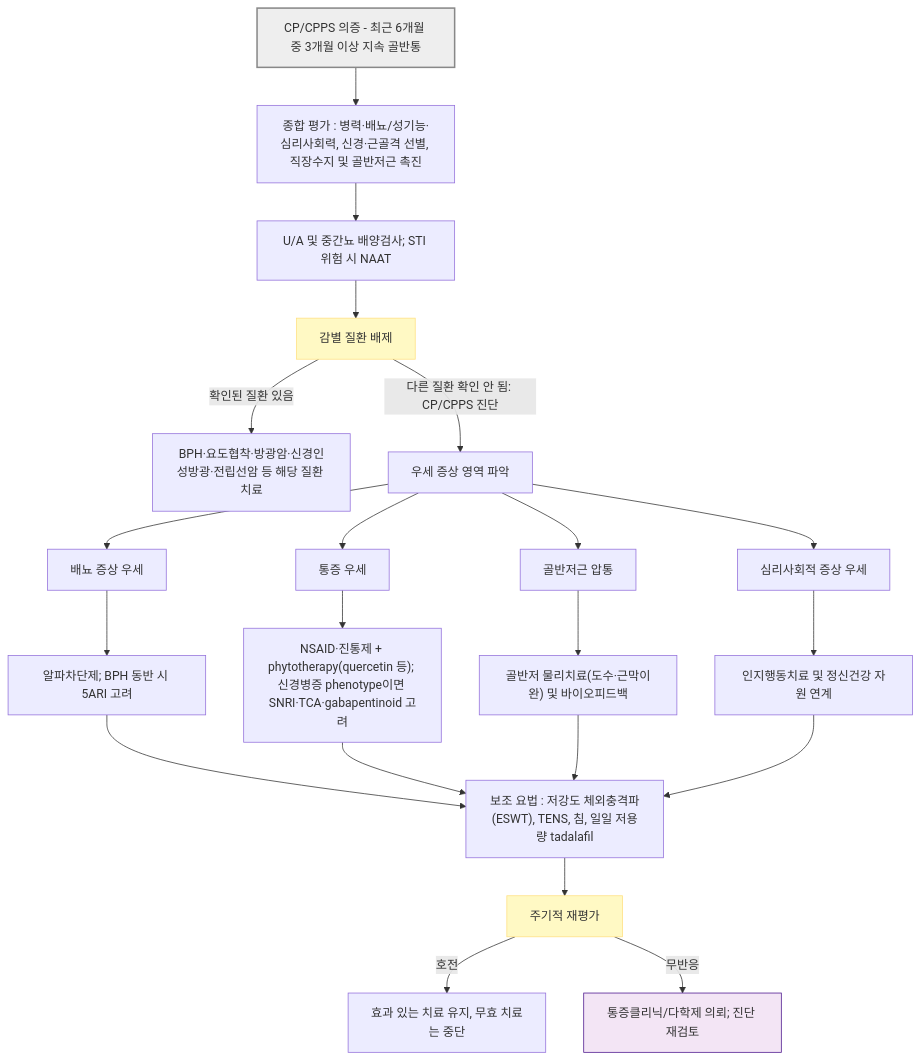
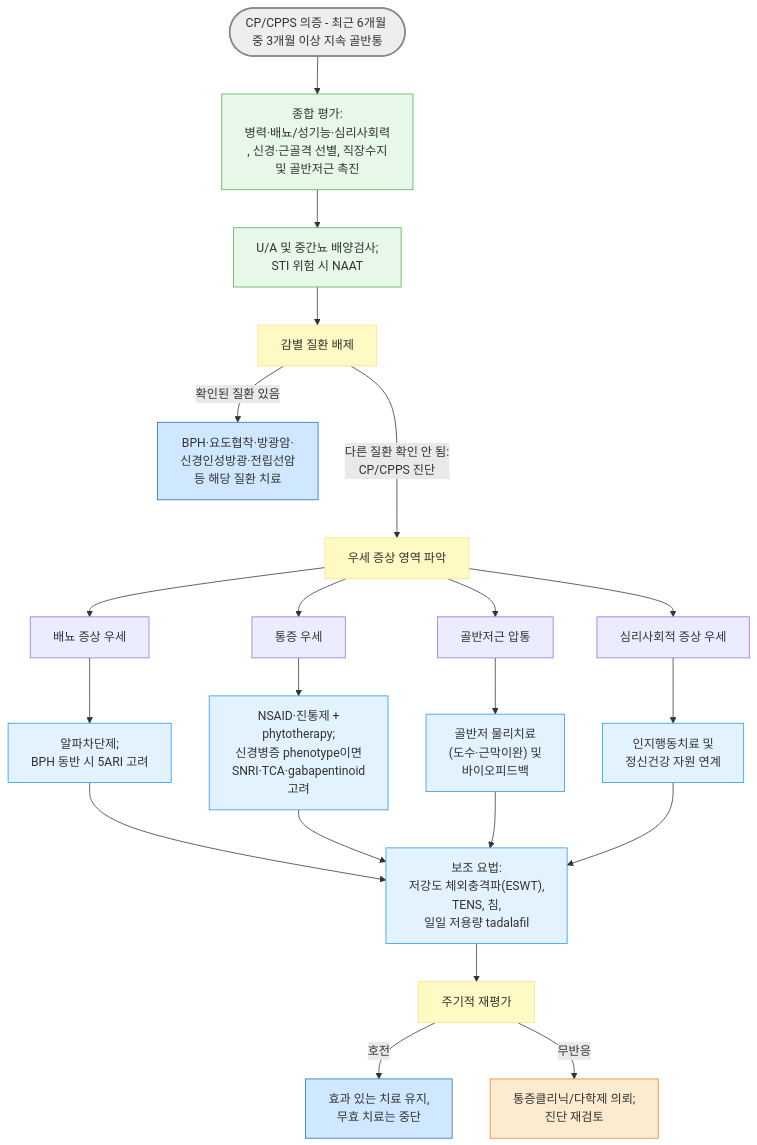
Before and after one commit to familyoh77/familyoh77: the second of 2 diagrams in 227_/120_-prostatitis.md, drawn with Mermaid. The commit also changed other lines of this file, not shown here.

````diff
--- a/227_/120_-prostatitis.md
+++ b/227_/120_-prostatitis.md
@@ -236,32 +239,34 @@
 ```mermaid
 graph TD
-    Start["CP/CPPS 의증 - 최근 6개월 중 3개월 이상 지속 골반통"] --> Eval["종합 평가 : 병력·배뇨/성기능·심리사회력, 신경·근골격 선별, 직장수지 및 골반저근 촉진"]
-    Eval --> Lab["U/A 및 중간뇨 배양검사; STI 위험 시 NAAT"]
+    Start(["CP/CPPS 의증 - 최근 6개월 중 3개월 이상 지속 골반통"]) --> Eval["종합 평가:<br/> 병력·배뇨/성기능·심리사회력<br/>, 신경·근골격 선별, 직장수지 <br/>및 골반저근 촉진"]
+    Eval --> Lab["U/A 및 중간뇨 배양검사; <br/>STI 위험 시 NAAT"]
     Lab --> ExclQ["감별 질환 배제"]
-    ExclQ -->|"확인된 질환 있음"| Confusable["BPH·요도협착·방광암·신경인성방광·전립선암 등 해당 질환 치료"]
-    ExclQ -->|"다른 질환 확인 안 됨: CP/CPPS 진단"| Domain["우세 증상 영역 파악"]
-
+    ExclQ -->|"확인된 질환 있음"| Confusable["BPH·요도협착·방광암·<br/>신경인성방광·전립선암 <br/>등 해당 질환 치료"]
+    ExclQ --->|"다른 질환 확인 안 됨:<br/> CP/CPPS 진단"| Domain["우세 증상 영역 파악"]
     Domain --> Voiding["배뇨 증상 우세"]
     Domain --> Pain["통증 우세"]
     Domain --> PFM["골반저근 압통"]
     Domain --> Psych["심리사회적 증상 우세"]
-
-    Voiding --> TxVoid["알파차단제; BPH 동반 시 5ARI 고려"]
-    Pain --> TxPain["NSAID·진통제 + phytotherapy(quercetin 등); 신경병증 phenotype이면 SNRI·TCA·gabapentinoid 고려"]
-    PFM --> TxPFM["골반저 물리치료(도수·근막이완) 및 바이오피드백"]
-    Psych --> TxPsych["인지행동치료 및 정신건강 자원 연계"]
-
-    TxVoid --> Adjunct["보조 요법 : 저강도 체외충격파(ESWT), TENS, 침, 일일 저용량 tadalafil"]
+    Voiding --> TxVoid["알파차단제; <br/>BPH 동반 시 5ARI 고려"]
+    Pain --> TxPain["NSAID·진통제 + <br/>phytotherapy; <br/>신경병증 phenotype이면 <br/>SNRI·TCA·gabapentinoid <br/>고려"]
+    PFM --> TxPFM["골반저 물리치료<br/>(도수·근막이완) 및 <br/>바이오피드백"]
+    Psych --> TxPsych["인지행동치료 및 <br/>정신건강 자원 연계"]
+    TxVoid --> Adjunct["보조 요법: <br/>저강도 체외충격파(ESWT), <br/>TENS, 침, <br/>일일 저용량 tadalafil"]
     TxPain --> Adjunct
     TxPFM --> Adjunct
     TxPsych --> Adjunct
-
     Adjunct --> Reassess["주기적 재평가"]
-    Reassess -->|"호전"| Continue["효과 있는 치료 유지, 무효 치료는 중단"]
-    Reassess -->|"무반응"| MDT["통증클리닉/다학제 의뢰; 진단 재검토"]
+    Reassess -->|"호전"| Continue["효과 있는 치료 유지, <br/>무효 치료는 중단"]
+    Reassess -->|"무반응"| MDT["통증클리닉/다학제 의뢰; <br/>진단 재검토"]
 
     style Start fill:#eeeeee,stroke:#888888,stroke-width:2px
-    style ExclQ fill:#fff9c4,stroke:#ffe082
-    style Reassess fill:#fff9c4,stroke:#ffe082
-    style MDT fill:#f3e5f5,stroke:#4a148c
+classDef yellow fill:#fff9c4,stroke:#ffe082
+	class ExclQ,Reassess,Domain yellow
+classDef lightGreen fill:#e8f8e8,stroke:#4caf50
+	class Eval,Lab lightGreen
+classDef sky fill:#e3f2ff,stroke:#2196f3
+	class TxVoid,TxPain,TxPFM,TxPsych,Adjunct sky
+classDef blue fill:#d0e8ff,stroke:#1a6abf
+	class Confusable,Continue blue
+style MDT fill:#fdebd0,stroke:#e67e22
 ```
````
